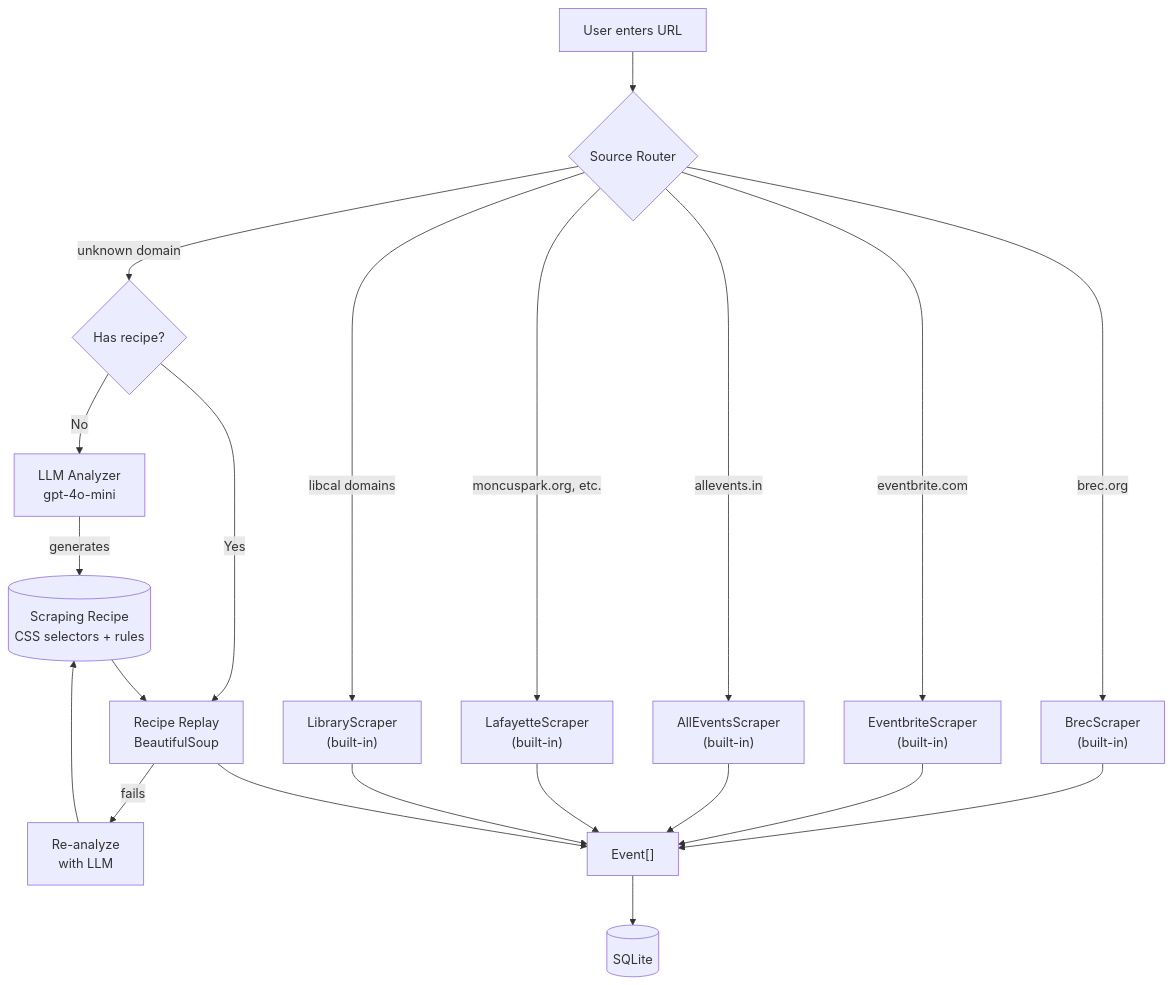
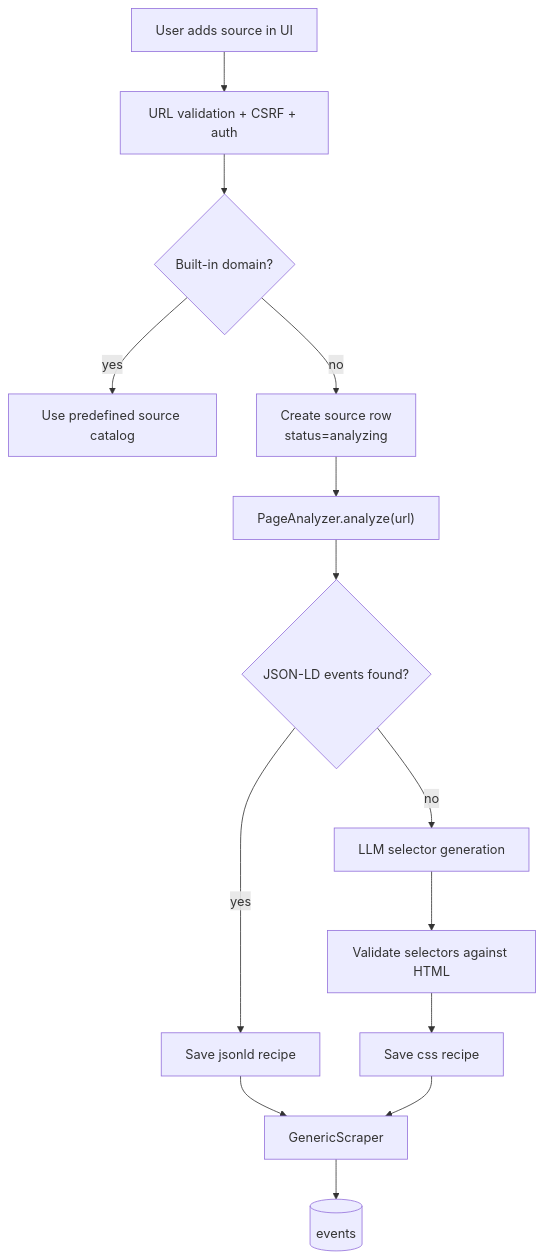
The diagram in docs/design-generic-scraper.md (HexSleeves/family-events), drawn with Mermaid before and after one commit. The commit also changed other lines of this file and 5 other files, not shown here.

````diff
--- a/docs/design-generic-scraper.md
+++ b/docs/design-generic-scraper.md
@@ -13,22 +16,16 @@
 ```mermaid
 flowchart TD
-    USER["User enters URL"] --> ROUTER{"Source Router"}
-
-    ROUTER -->|"brec.org"| BREC["BrecScraper\n(built-in)"]
-    ROUTER -->|"eventbrite.com"| EB["EventbriteScraper\n(built-in)"]
-    ROUTER -->|"allevents.in"| AE["AllEventsScraper\n(built-in)"]
-    ROUTER -->|"moncuspark.org, etc."| LAF["LafayetteScraper\n(built-in)"]
-    ROUTER -->|"libcal domains"| LIB["LibraryScraper\n(built-in)"]
-    ROUTER -->|"unknown domain"| GEN{"Has recipe?"}
-
-    GEN -->|No| ANALYZE["LLM Analyzer\ngpt-4o-mini"]
-    GEN -->|Yes| REPLAY["Recipe Replay\nBeautifulSoup"]
-
-    ANALYZE -->|"generates"| RECIPE[("Scraping Recipe\nCSS selectors + rules")]
-    RECIPE --> REPLAY
-    REPLAY -->|"fails"| REANALYZE["Re-analyze\nwith LLM"]
-    REANALYZE --> RECIPE
-
-    BREC & EB & AE & LAF & LIB & REPLAY --> EVENTS["Event[]"]
-    EVENTS --> DB[(SQLite)]
+    USER["User adds source in UI"] --> VALIDATE["URL validation + CSRF + auth"]
+    VALIDATE --> BUILTIN{"Built-in domain?"}
+    BUILTIN -->|yes| CATALOG["Use predefined source catalog"]
+    BUILTIN -->|no| CREATE["Create source row\nstatus=analyzing"]
+    CREATE --> ANALYZE["PageAnalyzer.analyze(url)"]
+    ANALYZE --> JSONLD{"JSON-LD events found?"}
+    JSONLD -->|yes| SAVEJSON["Save jsonld recipe"]
+    JSONLD -->|no| LLM["LLM selector generation"]
+    LLM --> VALID["Validate selectors against HTML"]
+    VALID --> SAVE["Save css recipe"]
+    SAVEJSON --> REPLAY["GenericScraper"]
+    SAVE --> REPLAY
+    REPLAY --> EVENTS[(events)]
 ```
````
